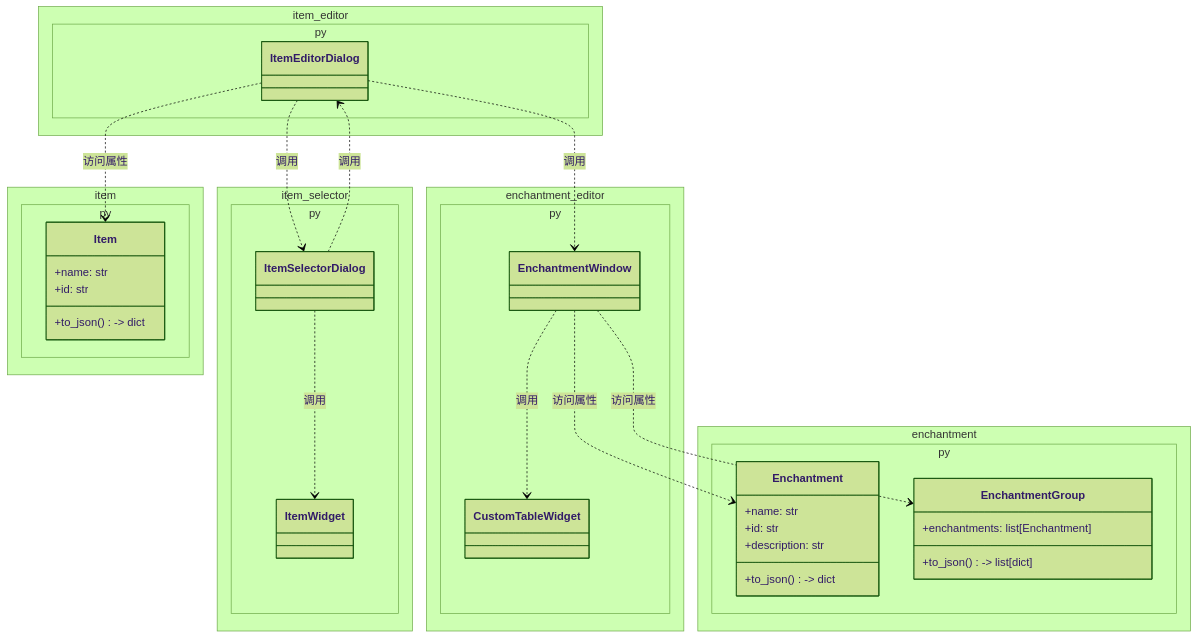
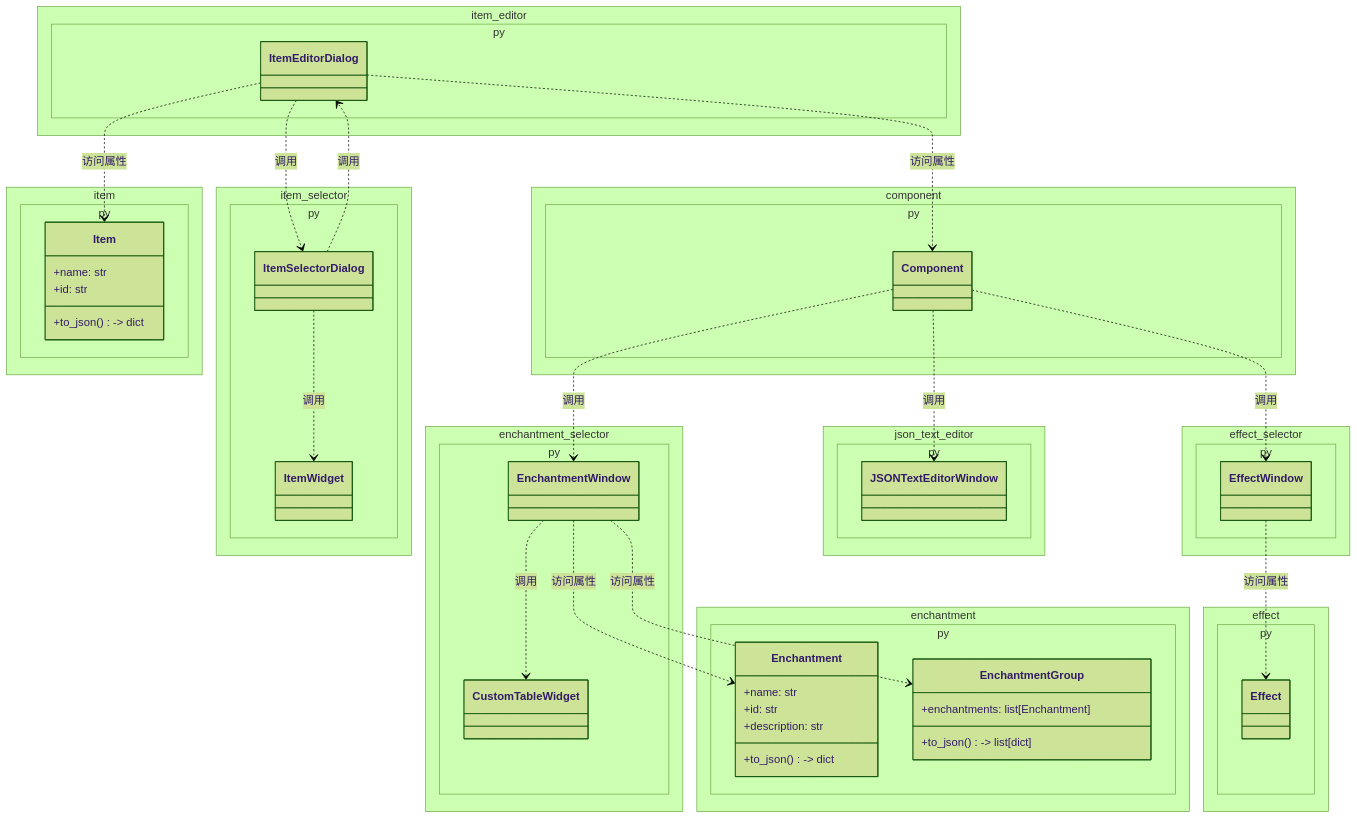
The diagram in README.md (endcreeper861/Minecraft-Custom-Item-Generator), drawn with Mermaid (forest theme) before and after one commit. The commit also changed other lines of this file and 4 other files, not shown here.

````diff
--- a/README.md
+++ b/README.md
@@ -36,47 +36,67 @@
 ```mermaid
 classDiagram
     namespace item.py {
         class Item {
             +name: str
             +id: str
             +to_json() -> dict
         }
     }
     namespace item_editor.py {
         class ItemEditorDialog {
         }
     }
     namespace item_selector.py {
         class ItemWidget {
         }
         class ItemSelectorDialog {
         }
     }
     namespace enchantment.py {
         class Enchantment {
             +name: str
             +id: str
             +description: str
             +to_json() -> dict
         }
         class EnchantmentGroup {
             +enchantments: list[Enchantment]
             +to_json() -> list[dict]
         }
     }
-    namespace enchantment_editor.py {
+    namespace enchantment_selector.py {
         class CustomTableWidget {
         }
         class EnchantmentWindow {
         }
     }
+    namespace component.py {
+        class Component {
+        }
+    }
+    namespace effect.py {
+        class Effect {
+        }
+    }
+    namespace effect_selector.py {
+        class EffectWindow {
+        }
+    }
+    namespace json_text_editor.py {
+        class JSONTextEditorWindow {
+        }
+    }
 
     ItemEditorDialog ..> Item : 访问属性
     ItemEditorDialog ..> ItemSelectorDialog : 调用
-    ItemEditorDialog ..> EnchantmentWindow : 调用
+    ItemEditorDialog ..> Component : 访问属性
+    Component ..> EnchantmentWindow : 调用
+    Component ..> EffectWindow : 调用
+    Component ..> JSONTextEditorWindow : 调用
     EnchantmentWindow ..> Enchantment : 访问属性
     EnchantmentWindow ..> EnchantmentGroup : 访问属性
     EnchantmentWindow ..> CustomTableWidget : 调用
     ItemSelectorDialog ..> ItemEditorDialog : 调用
     ItemSelectorDialog ..> ItemWidget : 调用
+    EffectWindow ..> Effect: 访问属性
 ```
````
